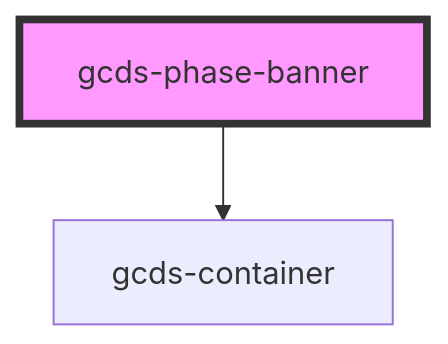
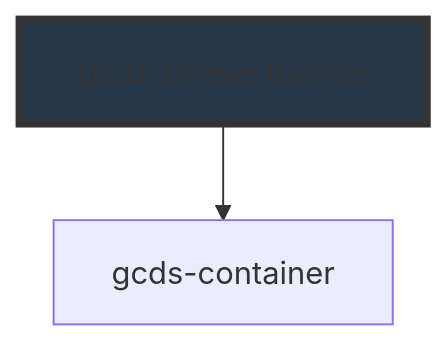
One commit to cds-snc/gcds-components changed the diagram in packages/web/src/components/gcds-phase-banner/readme.md. Above: the diagram before and after it, drawn with Mermaid. The commit also changed other lines of this file and 16 other files, not shown here.

````diff
--- a/packages/web/src/components/gcds-phase-banner/readme.md
+++ b/packages/web/src/components/gcds-phase-banner/readme.md
@@ -24,5 +34,5 @@
 ```mermaid
 graph TD;
   gcds-phase-banner --> gcds-container
-  style gcds-phase-banner fill:#f9f,stroke:#333,stroke-width:4px
+  style gcds-phase-banner fill:#26374a,stroke:#333,stroke-width:4px
 ```
````
